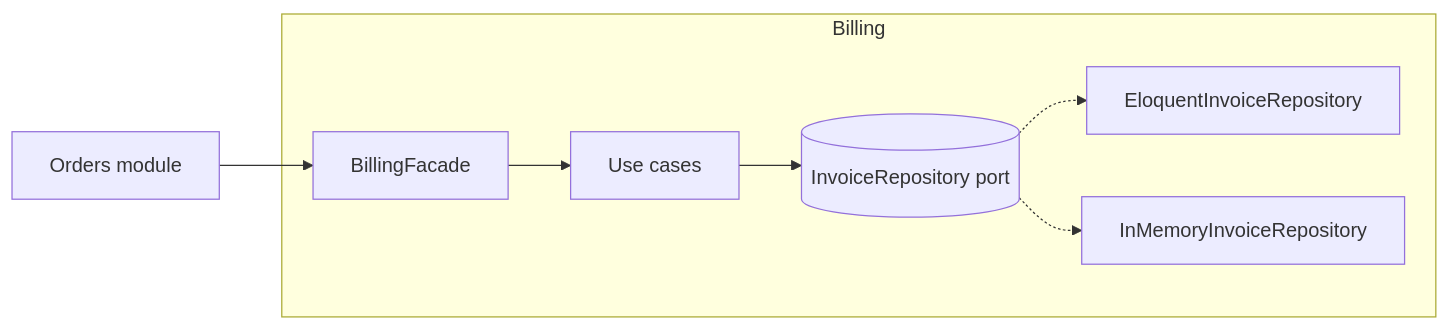
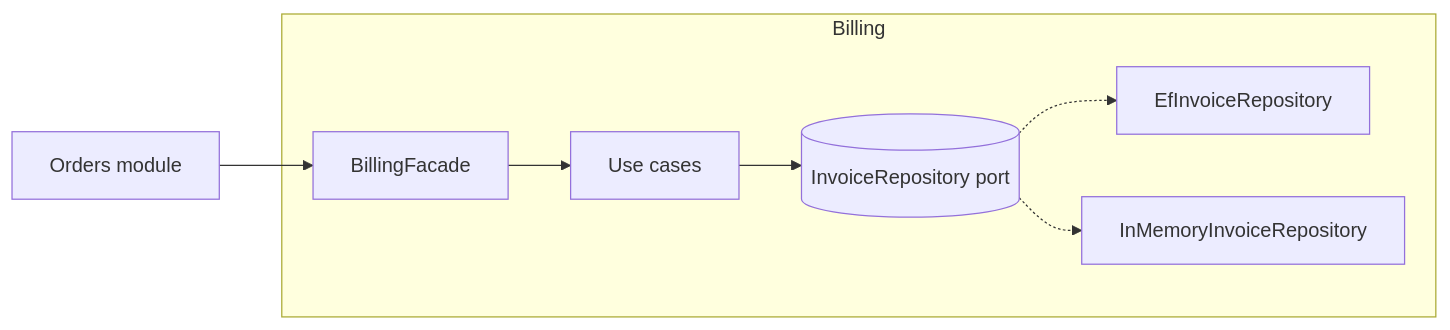
Before and after one commit to christianpasinrey/patterns-and-refactoring: the diagram in skills/patterns-and-refactoring/references/decision-templates.md, drawn with Mermaid. The commit also changed other lines of this file and 74 other files, not shown here.

````diff
--- a/skills/patterns-and-refactoring/references/decision-templates.md
+++ b/skills/patterns-and-refactoring/references/decision-templates.md
@@ -151,9 +160,9 @@
 ```mermaid
 flowchart LR
     subgraph Billing
         F[BillingFacade] --> UC[Use cases] --> P[(InvoiceRepository port)]
-        P -.-> E[EloquentInvoiceRepository]
+        P -.-> E[EfInvoiceRepository]
         P -.-> M[InMemoryInvoiceRepository]
     end
     Orders[Orders module] --> F
 ```
````
